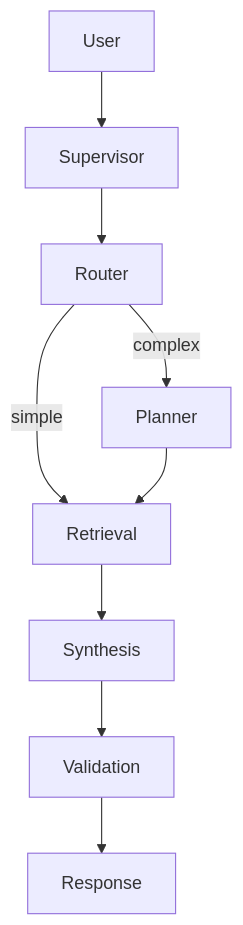
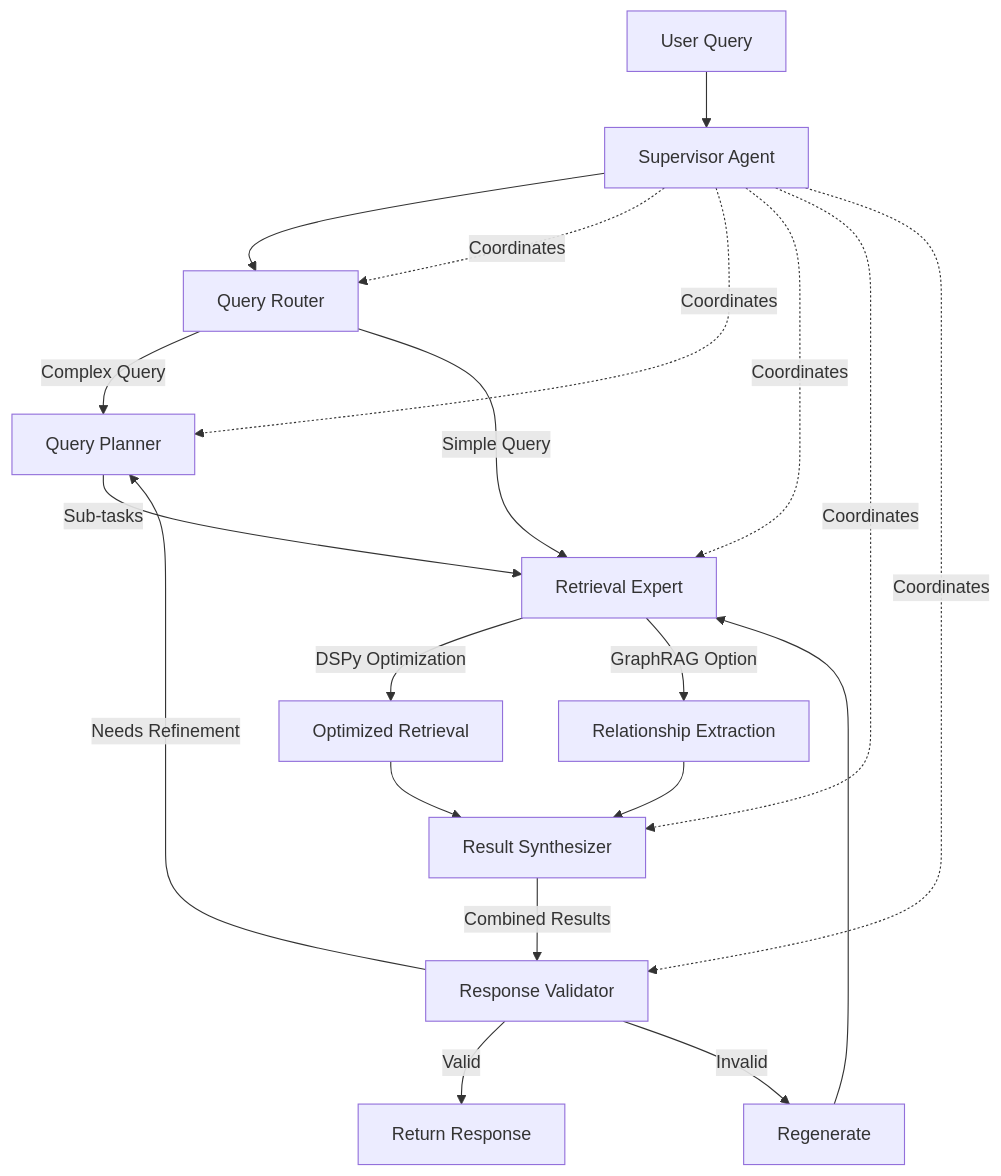
One commit to BjornMelin/docmind-ai-llm changed the diagram in docs/developers/adrs/ADR-001-modern-agentic-rag-architecture.md. Above: the diagram before and after it, drawn with Mermaid. The commit also changed other lines of this file and 23 other files, not shown here.

First line of the commit message:
docs(adrs): update multiple ADRs to version 1.x with expanded architecture and configuration details

````diff
--- a/docs/developers/adrs/ADR-001-modern-agentic-rag-architecture.md
+++ b/docs/developers/adrs/ADR-001-modern-agentic-rag-architecture.md
@@ -55,11 +106,25 @@
 ```mermaid
 graph TD
-  U[User] --> S[Supervisor]
-  S --> R[Router]
-  R -->|complex| P[Planner]
-  R -->|simple| T[Retrieval]
-  P --> T
-  T --> Y[Synthesis]
-  Y --> V[Validation]
-  V --> O[Response]
+    A[User Query] --> B[Supervisor Agent]
+    B --> C[Query Router]
+    C -->|Complex Query| D[Query Planner]
+    C -->|Simple Query| E[Retrieval Expert]
+    
+    D -->|Sub-tasks| E
+    E -->|DSPy Optimization| F[Optimized Retrieval]
+    E -->|GraphRAG Option| G[Relationship Extraction]
+    
+    F --> H[Result Synthesizer]
+    G --> H
+    
+    H -->|Combined Results| I[Response Validator]
+    I -->|Valid| J[Return Response]
+    I -->|Invalid| K[Regenerate] --> E
+    I -->|Needs Refinement| D
+    
+    B -.->|Coordinates| C
+    B -.->|Coordinates| D
+    B -.->|Coordinates| E
+    B -.->|Coordinates| H
+    B -.->|Coordinates| I
 ```
````
